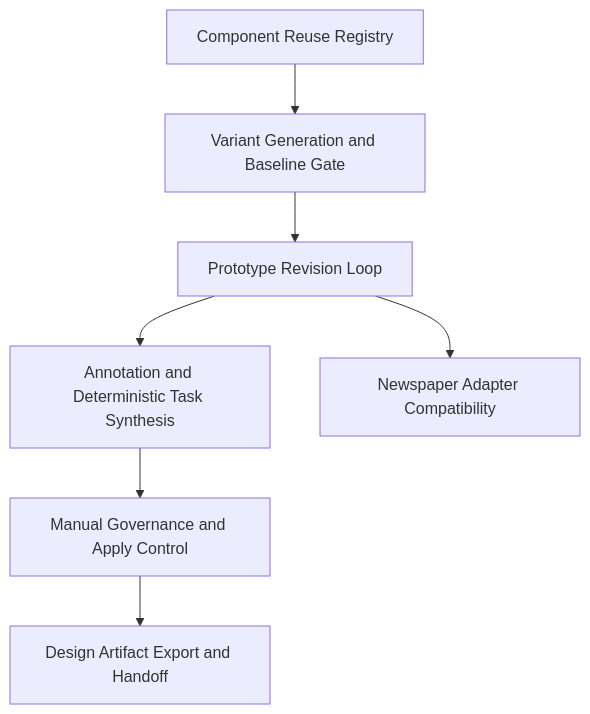
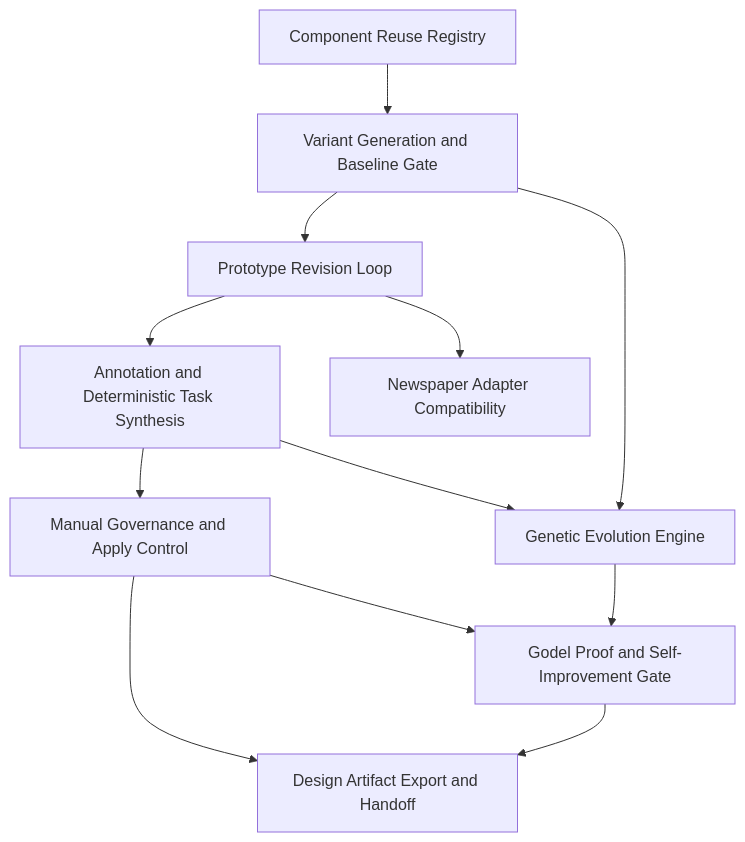
One commit to cyberAlchemyAI/domainspec changed the diagram in docs/features/ui-prototyping-studio/SPEC.md. Above: the diagram before and after it, drawn with Mermaid. The commit also changed other lines of this file and 30 other files, not shown here.

````diff
--- a/docs/features/ui-prototyping-studio/SPEC.md
+++ b/docs/features/ui-prototyping-studio/SPEC.md
@@ -39,9 +42,14 @@
 ```mermaid
 graph TD
     A[Component Reuse Registry] --> B[Variant Generation and Baseline Gate]
     B --> C[Prototype Revision Loop]
     C --> D[Annotation and Deterministic Task Synthesis]
     D --> E[Manual Governance and Apply Control]
     E --> F[Design Artifact Export and Handoff]
     C --> G[Newspaper Adapter Compatibility]
+    B --> H[Genetic Evolution Engine]
+    D --> H
+    E --> I[Godel Proof and Self-Improvement Gate]
+    H --> I
+    I --> F
 ```
````
